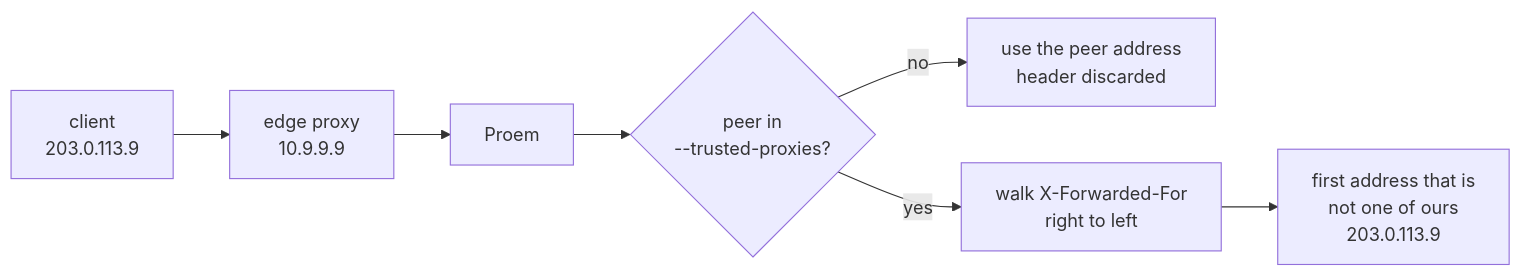
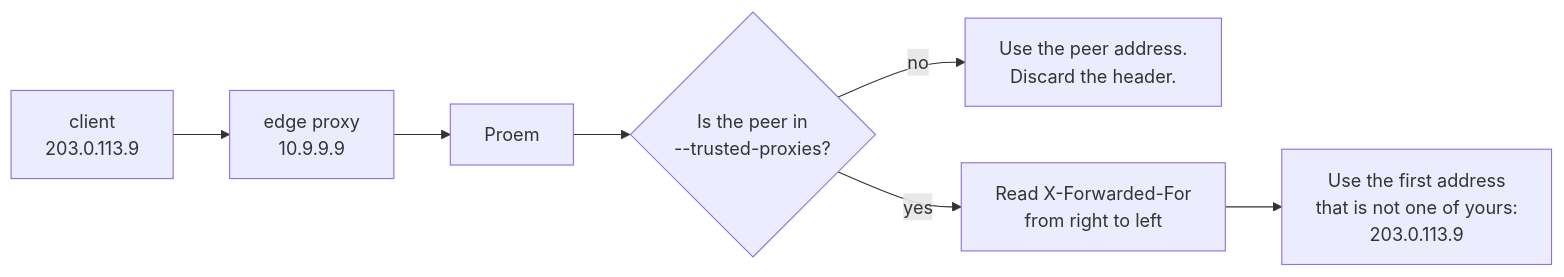
Before and after one commit to barockok/proem: the diagram in docs/site/_content/guides/observability.md, drawn with Mermaid. The commit also changed other lines of this file and 11 other files, not shown here.

````diff
--- a/docs/site/_content/guides/observability.md
+++ b/docs/site/_content/guides/observability.md
@@ -64,7 +66,7 @@
 ```mermaid
 flowchart LR
   C["client<br/>203.0.113.9"] --> E["edge proxy<br/>10.9.9.9"] --> P["Proem"]
-  P --> D{"peer in<br/>--trusted-proxies?"}
-  D -->|no| U["use the peer address<br/>header discarded"]
-  D -->|yes| W["walk X-Forwarded-For<br/>right to left"] --> R["first address that is<br/>not one of ours<br/>203.0.113.9"]
+  P --> D{"Is the peer in<br/>--trusted-proxies?"}
+  D -->|no| U["Use the peer address.<br/>Discard the header."]
+  D -->|yes| W["Read X-Forwarded-For<br/>from right to left"] --> R["Use the first address<br/>that is not one of yours:<br/>203.0.113.9"]
 ```
````
